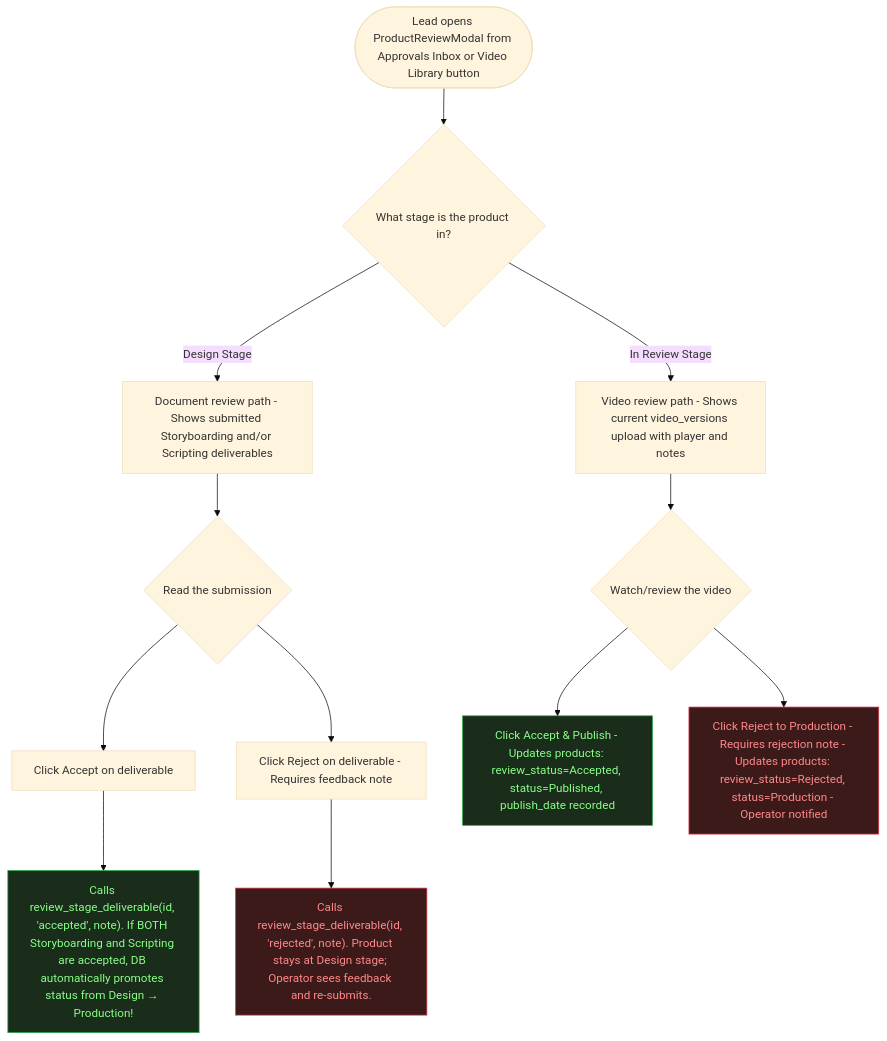
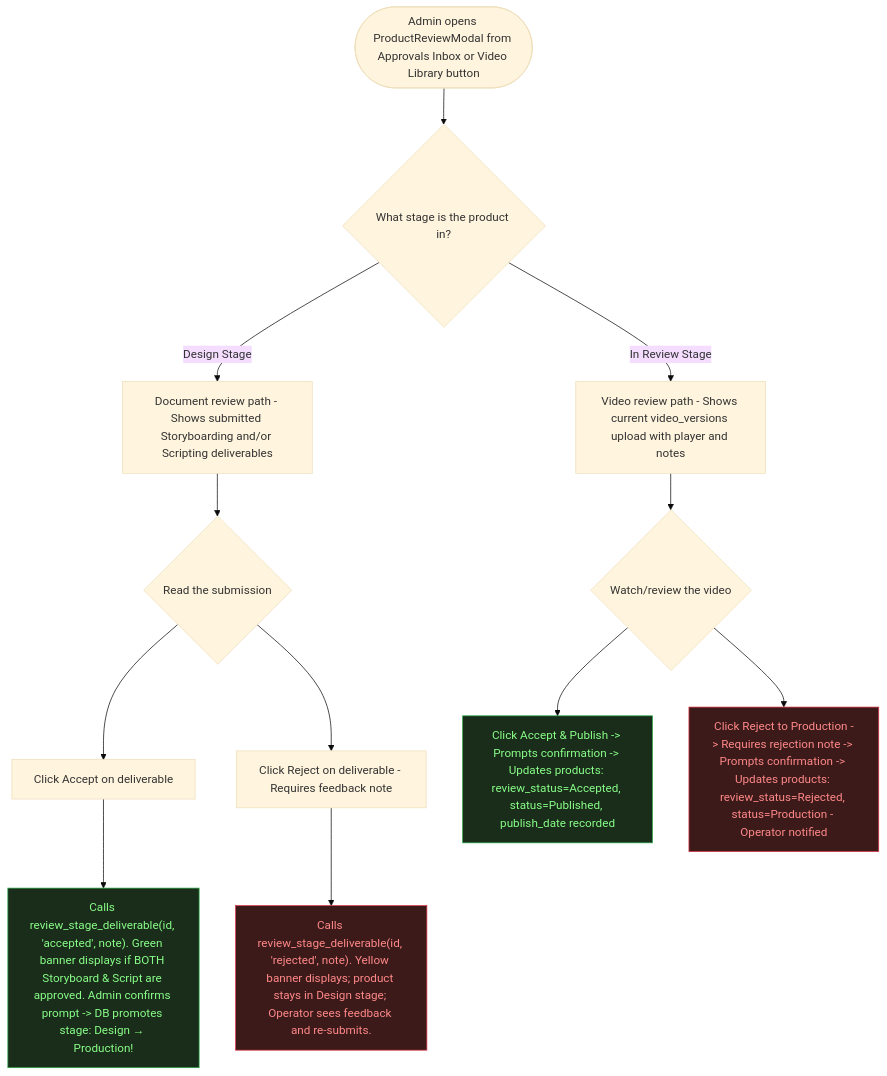
One commit to Lyduke56/BuckedUp-Dashboard-Lifewood changed the sixth of 8 diagrams in role_workflows.md. Above: the diagram before and after it, drawn with Mermaid (base theme). The commit also changed other lines of this file and 2 other files, not shown here.

````diff
--- a/role_workflows.md
+++ b/role_workflows.md
@@ -185,21 +190,21 @@
 ```mermaid
 flowchart TD
-    A(["Lead opens ProductReviewModal from Approvals Inbox or Video Library button"]) --> B{What stage is the product in?}
+    A(["Admin opens ProductReviewModal from Approvals Inbox or Video Library button"]) --> B{What stage is the product in?}
 
     B -- "Design Stage" --> C["Document review path - Shows submitted Storyboarding and/or Scripting deliverables"]
     C --> C1{Read the submission}
     C1 --> D1["Click Accept on deliverable"]
     C1 --> D2["Click Reject on deliverable - Requires feedback note"]
-    D1 --> E1["Calls review_stage_deliverable(id, 'accepted', note). If BOTH Storyboarding and Scripting are accepted, DB automatically promotes status from Design → Production!"]
-    D2 --> E2["Calls review_stage_deliverable(id, 'rejected', note). Product stays at Design stage; Operator sees feedback and re-submits."]
+    D1 --> E1["Calls review_stage_deliverable(id, 'accepted', note). Green banner displays if BOTH Storyboard & Script are approved. Admin confirms prompt -> DB promotes stage: Design → Production!"]
+    D2 --> E2["Calls review_stage_deliverable(id, 'rejected', note). Yellow banner displays; product stays in Design stage; Operator sees feedback and re-submits."]
 
     B -- "In Review Stage" --> F["Video review path - Shows current video_versions upload with player and notes"]
     F --> F1{Watch/review the video}
-    F1 --> G1["Click Accept & Publish - Updates products: review_status=Accepted, status=Published, publish_date recorded"]
-    F1 --> G2["Click Reject to Production - Requires rejection note - Updates products: review_status=Rejected, status=Production - Operator notified"]
+    F1 --> G1["Click Accept & Publish -> Prompts confirmation -> Updates products: review_status=Accepted, status=Published, publish_date recorded"]
+    F1 --> G2["Click Reject to Production -> Requires rejection note -> Prompts confirmation -> Updates products: review_status=Rejected, status=Production - Operator notified"]
 
     style E1 fill:#1a2d1a,stroke:#28a745,color:#88ff88
     style G1 fill:#1a2d1a,stroke:#28a745,color:#88ff88
     style E2 fill:#3d1a1a,stroke:#dc3545,color:#ff8888
     style G2 fill:#3d1a1a,stroke:#dc3545,color:#ff8888
 ```
````
